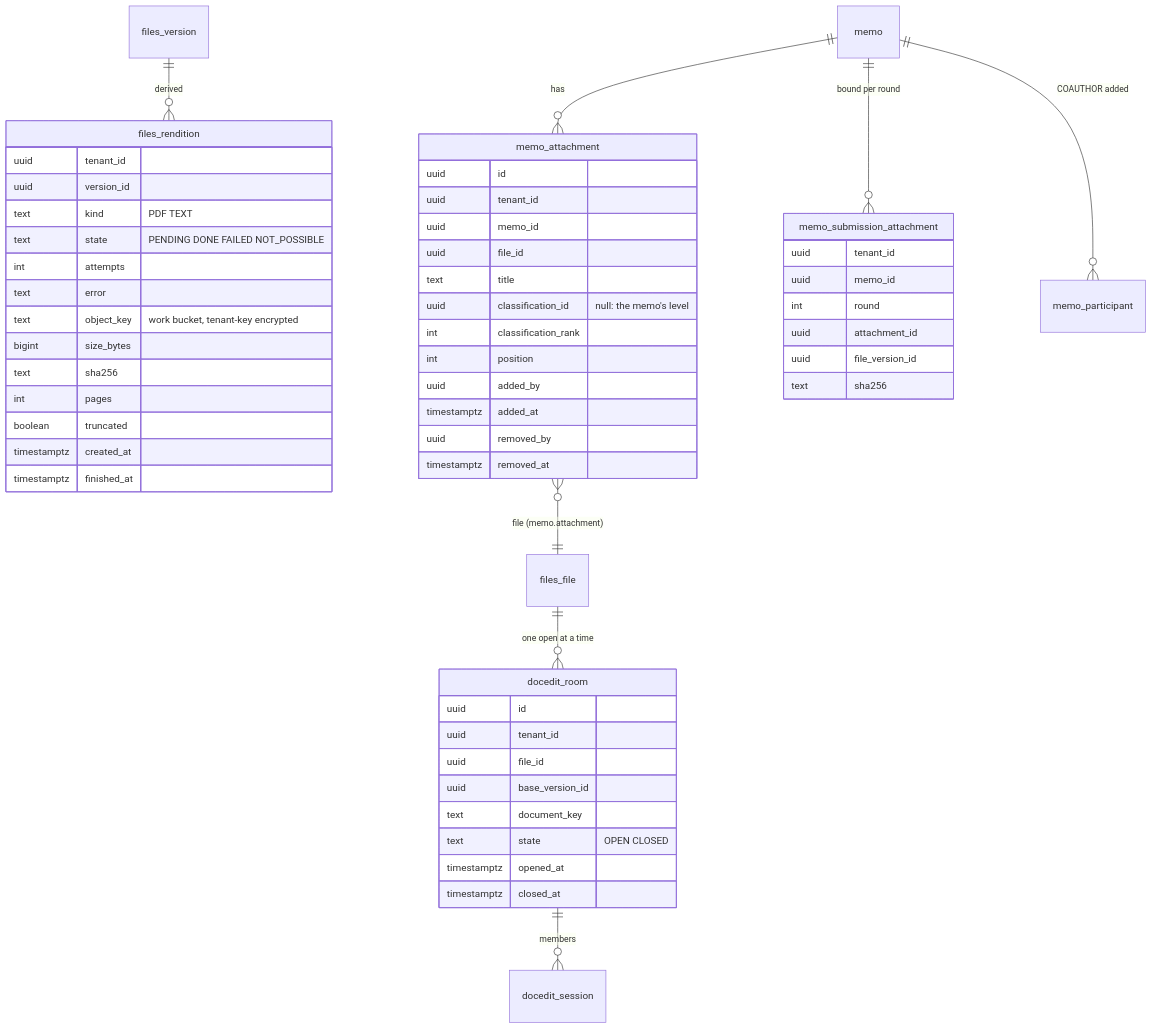
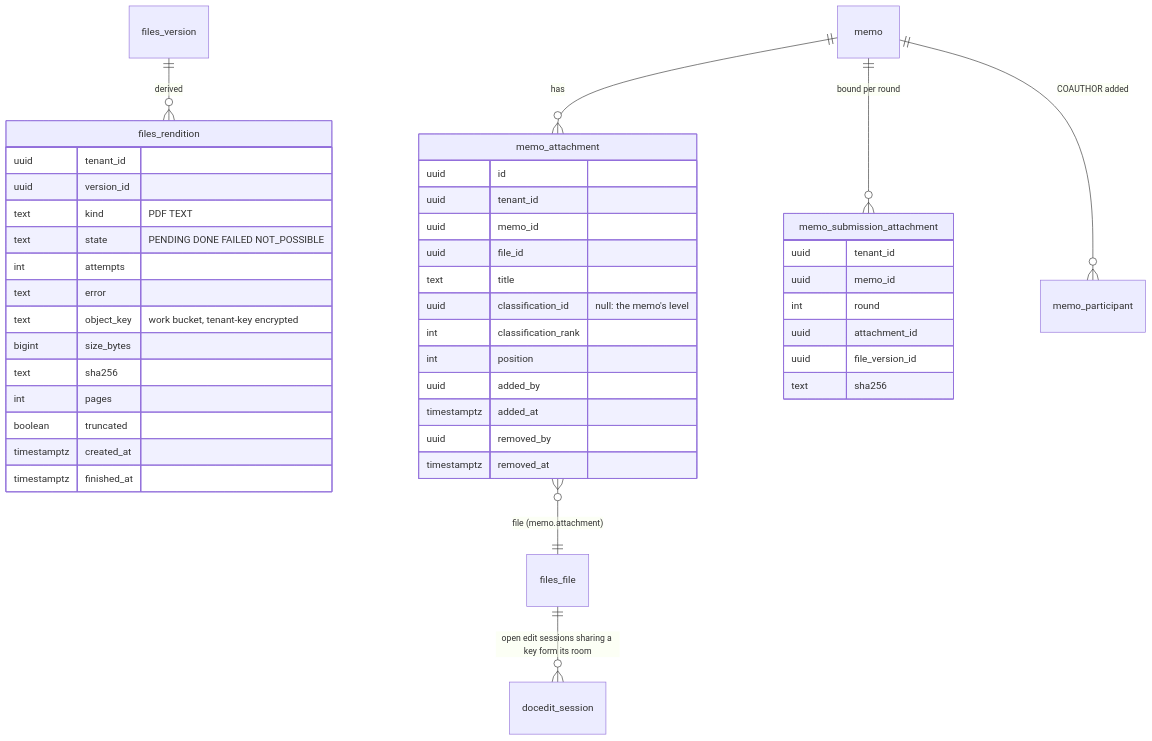
Before and after one commit to nazihar/memo-revamp: the diagram in docs/plan/phase-3-memo-efile/epic-02-documents/design.md, drawn with Mermaid. The commit also changed other lines of this file and 21 other files, not shown here.

````diff
--- a/docs/plan/phase-3-memo-efile/epic-02-documents/design.md
+++ b/docs/plan/phase-3-memo-efile/epic-02-documents/design.md
@@ -7,57 +7,46 @@
 ```mermaid
 erDiagram
   files_version ||--o{ files_rendition : "derived"
   memo ||--o{ memo_attachment : has
   memo_attachment }o--|| files_file : "file (memo.attachment)"
   memo ||--o{ memo_submission_attachment : "bound per round"
   memo ||--o{ memo_participant : "COAUTHOR added"
-  files_file ||--o{ docedit_room : "one open at a time"
-  docedit_room ||--o{ docedit_session : members
+  files_file ||--o{ docedit_session : "open edit sessions sharing a key form its room"
   files_rendition {
     uuid tenant_id
     uuid version_id
     text kind "PDF TEXT"
     text state "PENDING DONE FAILED NOT_POSSIBLE"
     int attempts
     text error
     text object_key "work bucket, tenant-key encrypted"
     bigint size_bytes
     text sha256
     int pages
     boolean truncated
     timestamptz created_at
     timestamptz finished_at
   }
   memo_attachment {
     uuid id
     uuid tenant_id
     uuid memo_id
     uuid file_id
     text title
     uuid classification_id "null: the memo's level"
     int classification_rank
     int position
     uuid added_by
     timestamptz added_at
     uuid removed_by
     timestamptz removed_at
   }
   memo_submission_attachment {
     uuid tenant_id
     uuid memo_id
     int round
     uuid attachment_id
     uuid file_version_id
     text sha256
   }
-  docedit_room {
-    uuid id
-    uuid tenant_id
-    uuid file_id
-    uuid base_version_id
-    text document_key
-    text state "OPEN CLOSED"
-    timestamptz opened_at
-    timestamptz closed_at
-  }
 ```
````
